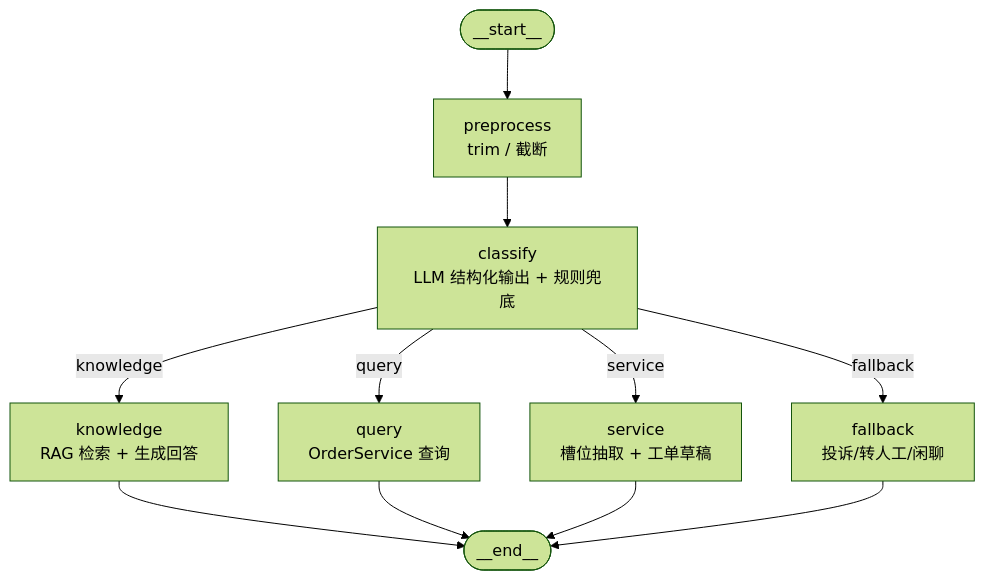
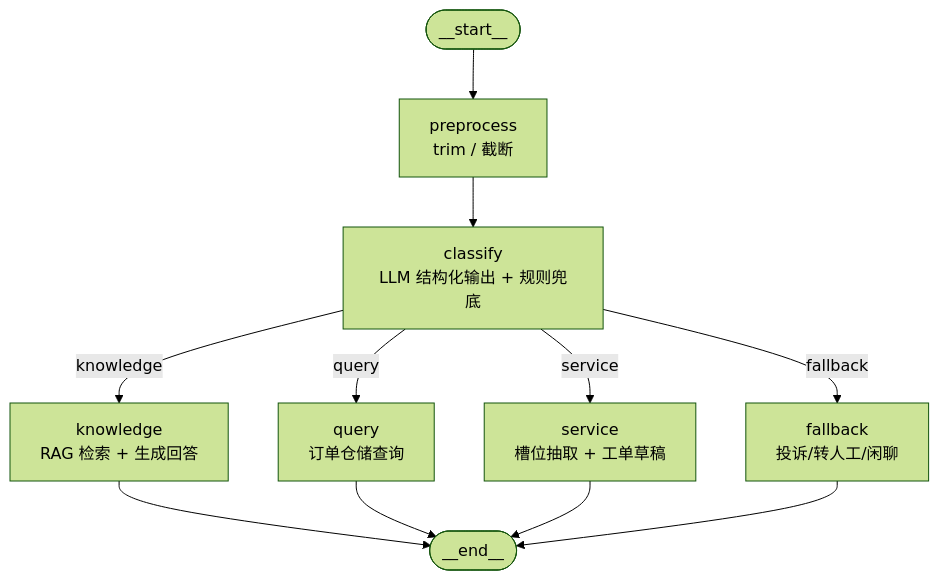
The diagram in docs/architecture.md (II777II/qa-ticket-agent), drawn with Mermaid (forest theme) before and after one commit. The commit also changed other lines of this file and 67 other files, not shown here.

````diff
--- a/docs/architecture.md
+++ b/docs/architecture.md
@@ -42,13 +42,13 @@
 ```mermaid
 flowchart TD
     S([__start__]) --> P["preprocess<br/>trim / 截断"]
     P --> C["classify<br/>LLM 结构化输出 + 规则兜底"]
     C -- knowledge --> K["knowledge<br/>RAG 检索 + 生成回答"]
-    C -- query --> Q["query<br/>OrderService 查询"]
+    C -- query --> Q["query<br/>订单仓储查询"]
     C -- service --> V["service<br/>槽位抽取 + 工单草稿"]
     C -- fallback --> F["fallback<br/>投诉/转人工/闲聊"]
     K --> E([__end__])
     Q --> E
     V --> E
     F --> E
 ```
````
